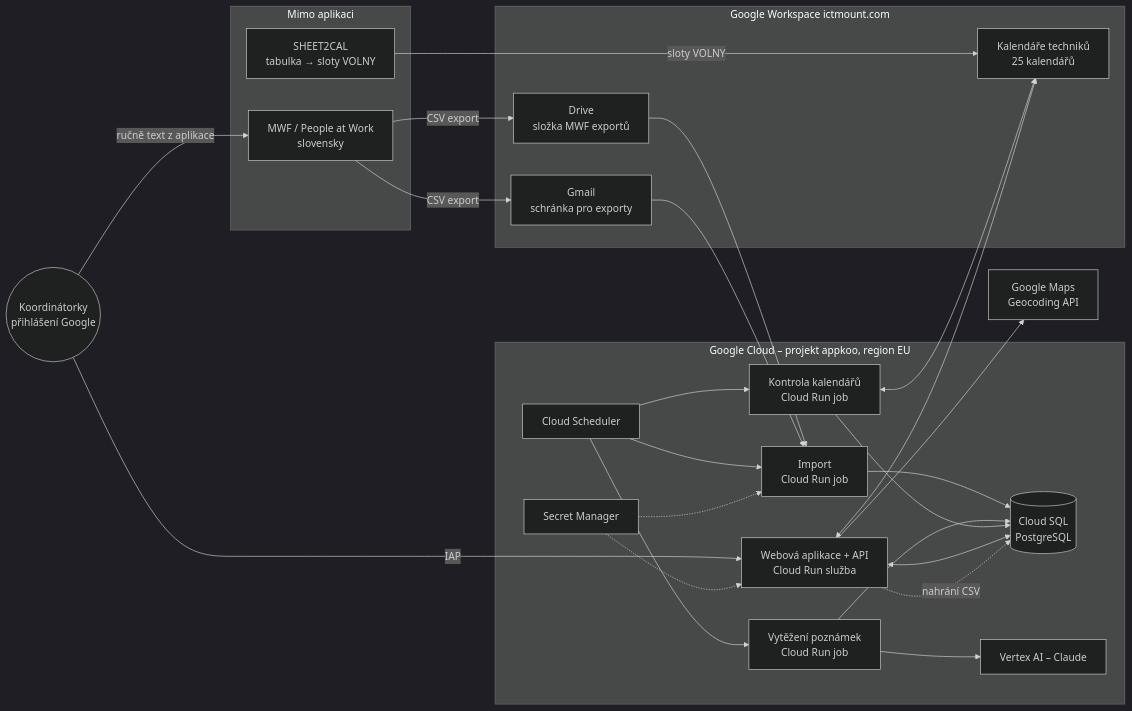
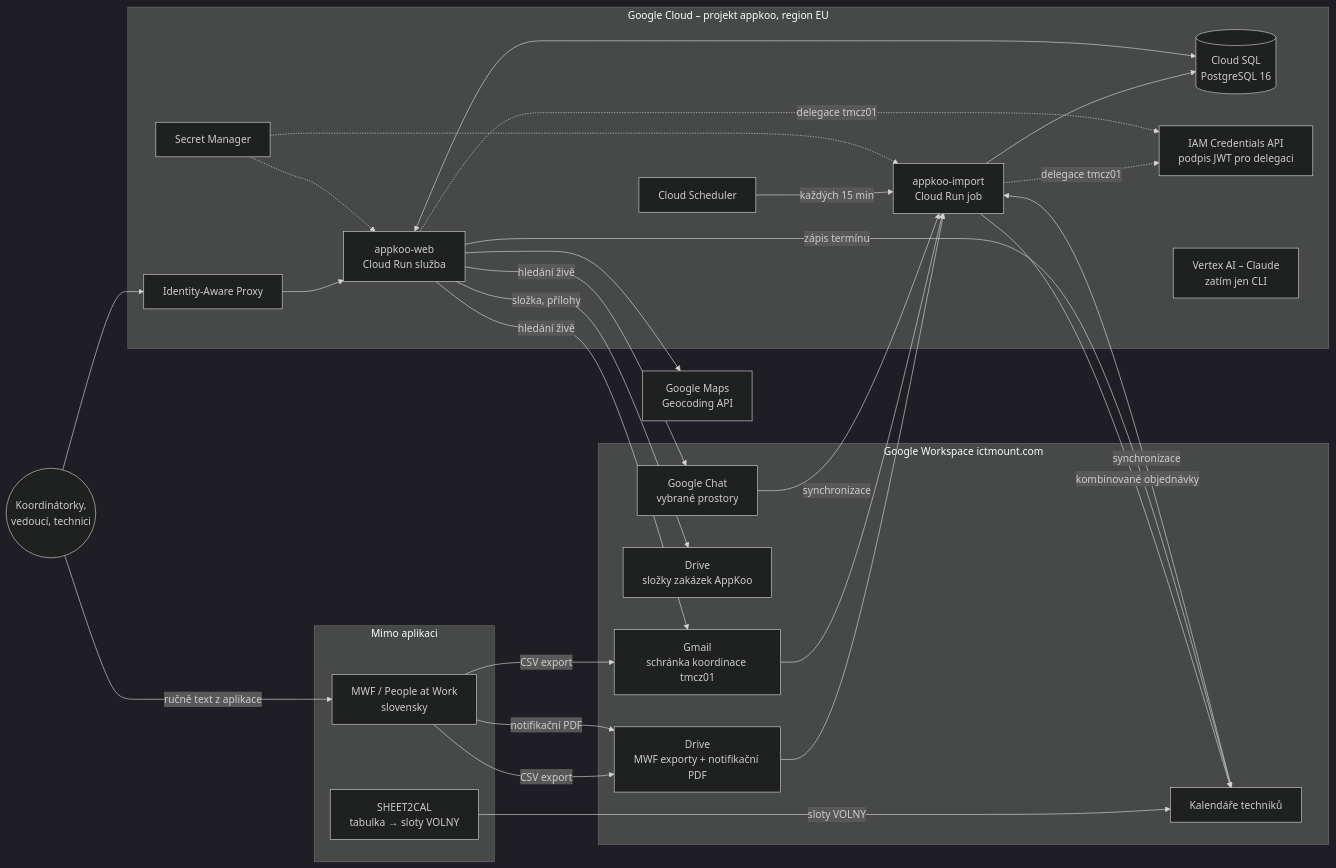
One commit to ICTMount/appkoo changed the first of 4 diagrams in docs/architektura.md. Above: the diagram before and after it, drawn with Mermaid (dark theme). The commit also changed other lines of this file and 1 other file, not shown here.

First line of the commit message:
Architektura: aktualizace podle současného kódu (web, zdroje, plánovač, role, synchronizace)

````diff
--- a/docs/architektura.md
+++ b/docs/architektura.md
@@ -11,43 +15,47 @@
 ```mermaid
 flowchart LR
   subgraph EXT[Mimo aplikaci]
     MWF[MWF / People at Work<br/>slovensky]
     S2C[SHEET2CAL<br/>tabulka → sloty VOLNY]
   end
   subgraph GW[Google Workspace ictmount.com]
-    DRV[Drive<br/>složka MWF exportů]
-    GML[Gmail<br/>schránka pro exporty]
-    CAL[Kalendáře techniků<br/>25 kalendářů]
+    DRV[Drive<br/>MWF exporty + notifikační PDF]
+    DRZ[Drive<br/>složky zakázek AppKoo]
+    GML[Gmail<br/>schránka koordinace tmcz01]
+    CHT[Google Chat<br/>vybrané prostory]
+    CAL[Kalendáře techniků]
   end
   subgraph GCP[Google Cloud – projekt appkoo, region EU]
     SCH[Cloud Scheduler]
-    JOB1[Import<br/>Cloud Run job]
-    JOB2[Kontrola kalendářů<br/>Cloud Run job]
-    JOB3[Vytěžení poznámek<br/>Cloud Run job]
-    WEB[Webová aplikace + API<br/>Cloud Run služba]
-    SQL[(Cloud SQL<br/>PostgreSQL)]
+    JOB[appkoo-import<br/>Cloud Run job]
+    WEB[appkoo-web<br/>Cloud Run služba]
+    IAP[Identity-Aware Proxy]
+    SQL[(Cloud SQL<br/>PostgreSQL 16)]
     SEC[Secret Manager]
-    VTX[Vertex AI – Claude]
+    IAM[IAM Credentials API<br/>podpis JWT pro delegaci]
+    VTX[Vertex AI – Claude<br/>zatím jen CLI]
   end
   MAPS[Google Maps<br/>Geocoding API]
-  KO((Koordinátorky<br/>přihlášení Google))
+  KO((Koordinátorky,<br/>vedoucí, technici))
 
   MWF -- CSV export --> DRV
   MWF -- CSV export --> GML
+  MWF -- notifikační PDF --> DRV
   S2C -- sloty VOLNY --> CAL
-  SCH --> JOB1 & JOB2 & JOB3
-  DRV --> JOB1
-  GML --> JOB1
-  JOB1 --> SQL
-  JOB3 --> VTX
-  JOB3 --> SQL
-  JOB2 <--> CAL
-  JOB2 --> SQL
-  KO -- IAP --> WEB
+  SCH -- každých 15 min --> JOB
+  DRV --> JOB
+  GML --> JOB
+  CAL -- synchronizace --> JOB
+  CHT -- synchronizace --> JOB
+  JOB --> SQL
+  JOB -- kombinované objednávky --> CAL
+  KO --> IAP --> WEB
   WEB <--> SQL
-  WEB <--> CAL
+  WEB -- hledání živě --> GML & CHT
+  WEB -- zápis termínu --> CAL
+  WEB -- složka, přílohy --> DRZ
   WEB --> MAPS
-  WEB -. nahrání CSV .-> SQL
-  SEC -.-> WEB & JOB1
+  JOB & WEB -. delegace tmcz01 .-> IAM
+  SEC -.-> WEB & JOB
   KO -- ručně text z aplikace --> MWF
 ```
````
